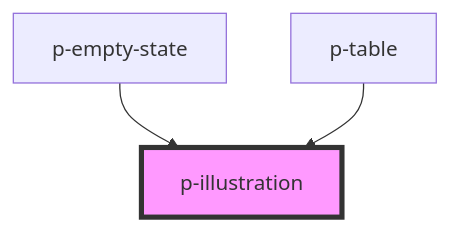
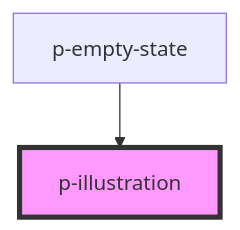
One commit to Employes/Paperless changed the diagram in packages/core/src/components/atoms/illustration/readme.md. Above: the diagram before and after it, drawn with Mermaid. The commit also changed other lines of this file and 4 other files, not shown here.

````diff
--- a/packages/core/src/components/atoms/illustration/readme.md
+++ b/packages/core/src/components/atoms/illustration/readme.md
@@ -23,6 +22,5 @@
 ```mermaid
 graph TD;
   p-empty-state --> p-illustration
-  p-table --> p-illustration
   style p-illustration fill:#f9f,stroke:#333,stroke-width:4px
 ```
````
